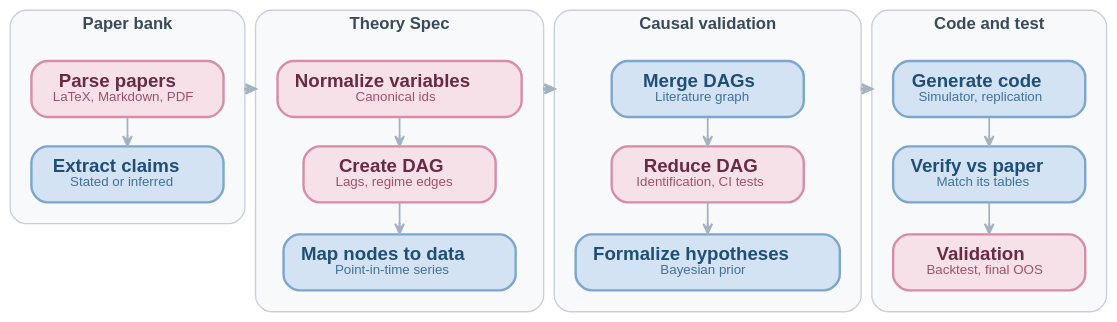
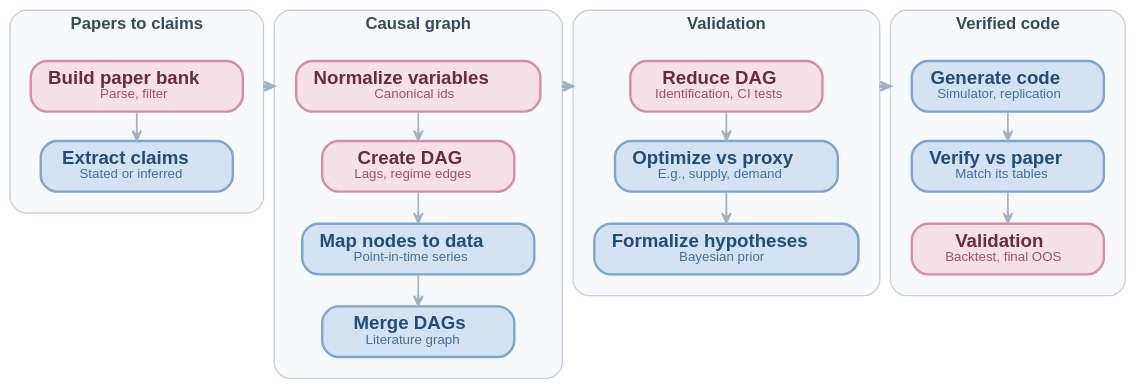
One commit to GokuHashira/gpsaggese.github.io changed the second of 15 diagrams in papers/Causal_Analysis_for_Finance/notes.slides.md. Above: the diagram before and after it, drawn with Graphviz. The commit also changed other lines of this file and 3 other files, not shown here.

````diff
--- a/papers/Causal_Analysis_for_Finance/notes.slides.md
+++ b/papers/Causal_Analysis_for_Finance/notes.slides.md
@@ -63,8 +210,8 @@
         fontname="Helvetica",
         fontcolor="#243B53",
         fontsize=14,
-        margin="0.18,0.12",
-        height=0.50,
+        margin="0.18,0.10",
+        height=0.48,
         width=2.0];
 
   edge [color="#A3B1C0",
@@ -75,8 +222,8 @@
         fontsize=10,
         fontcolor="#7B8794"];
 
-  subgraph cluster_bank {
-    label     = "Paper bank";
+  subgraph cluster_claims {
+    label     = "Papers to claims";
     labelloc  = "t";
     fontname  = "Helvetica-Bold";
     fontsize  = 12.5;
@@ -87,15 +234,15 @@
     penwidth  = 1.0;
     margin    = 16;
 
-    Parse   [label=<<b>Parse papers</b><br/><font point-size="10" color="#A34F6C">LaTeX, Markdown, PDF</font>>,
+    Bank    [label=<<b>Build paper bank</b><br/><font point-size="10" color="#A34F6C">Parse, filter</font>>,
              fillcolor="#F6E1E8", color="#D98CA8", fontcolor="#6B2A44"];
     Extract [label=<<b>Extract claims</b><br/><font point-size="10" color="#41719C">Stated or inferred</font>>,
              fillcolor="#D3E3F3", color="#7CA6CE", fontcolor="#1F4E79"];
-    Parse -> Extract;
+    Bank -> Extract;
   }
 
-  subgraph cluster_spec {
-    label     = "Theory Spec";
+  subgraph cluster_graph {
+    label     = "Causal graph";
     labelloc  = "t";
     fontname  = "Helvetica-Bold";
     fontsize  = 12.5;
@@ -112,11 +259,13 @@
                fillcolor="#F6E1E8", color="#D98CA8", fontcolor="#6B2A44"];
     MapData   [label=<<b>Map nodes to data</b><br/><font point-size="10" color="#41719C">Point-in-time series</font>>,
                fillcolor="#D3E3F3", color="#7CA6CE", fontcolor="#1F4E79"];
-    Normalize -> MakeDag -> MapData;
+    Merge     [label=<<b>Merge DAGs</b><br/><font point-size="10" color="#41719C">Literature graph</font>>,
+               fillcolor="#D3E3F3", color="#7CA6CE", fontcolor="#1F4E79"];
+    Normalize -> MakeDag -> MapData -> Merge;
   }
 
   subgraph cluster_valid {
-    label     = "Causal validation";
+    label     = "Validation";
     labelloc  = "t";
     fontname  = "Helvetica-Bold";
     fontsize  = 12.5;
@@ -127,17 +276,17 @@
     penwidth  = 1.0;
     margin    = 16;
 
-    Merge  [label=<<b>Merge DAGs</b><br/><font point-size="10" color="#41719C">Literature graph</font>>,
-            fillcolor="#D3E3F3", color="#7CA6CE", fontcolor="#1F4E79"];
     Reduce [label=<<b>Reduce DAG</b><br/><font point-size="10" color="#A34F6C">Identification, CI tests</font>>,
             fillcolor="#F6E1E8", color="#D98CA8", fontcolor="#6B2A44"];
+    Proxy  [label=<<b>Optimize vs proxy</b><br/><font point-size="10" color="#41719C">E.g., supply, demand</font>>,
+            fillcolor="#D3E3F3", color="#7CA6CE", fontcolor="#1F4E79"];
     Prior  [label=<<b>Formalize hypotheses</b><br/><font point-size="10" color="#41719C">Bayesian prior</font>>,
             fillcolor="#D3E3F3", color="#7CA6CE", fontcolor="#1F4E79"];
-    Merge -> Reduce -> Prior;
+    Reduce -> Proxy -> Prior;
   }
 
   subgraph cluster_code {
-    label     = "Code and test";
+    label     = "Verified code";
     labelloc  = "t";
     fontname  = "Helvetica-Bold";
     fontsize  = 12.5;
@@ -158,13 +307,13 @@
   }
 
   // Columns flow left to right, stages flow top to bottom inside a column
-  { rank=same; Parse; Normalize; Merge; Code; }
-  { rank=same; Extract; MakeDag; Reduce; Verify; }
+  { rank=same; Bank; Normalize; Reduce; Code; }
+  { rank=same; Extract; MakeDag; Proxy; Verify; }
   { rank=same; MapData; Prior; Validate; }
 
   // Arrows between columns go cluster to cluster along the top row
-  Parse -> Normalize [ltail=cluster_bank, lhead=cluster_spec, penwidth=1.8];
-  Normalize -> Merge [ltail=cluster_spec, lhead=cluster_valid, penwidth=1.8];
-  Merge -> Code [ltail=cluster_valid, lhead=cluster_code, penwidth=1.8];
+  Bank -> Normalize [ltail=cluster_claims, lhead=cluster_graph, penwidth=1.8];
+  Normalize -> Reduce [ltail=cluster_graph, lhead=cluster_valid, penwidth=1.8];
+  Reduce -> Code [ltail=cluster_valid, lhead=cluster_code, penwidth=1.8];
 }
 ```
````
